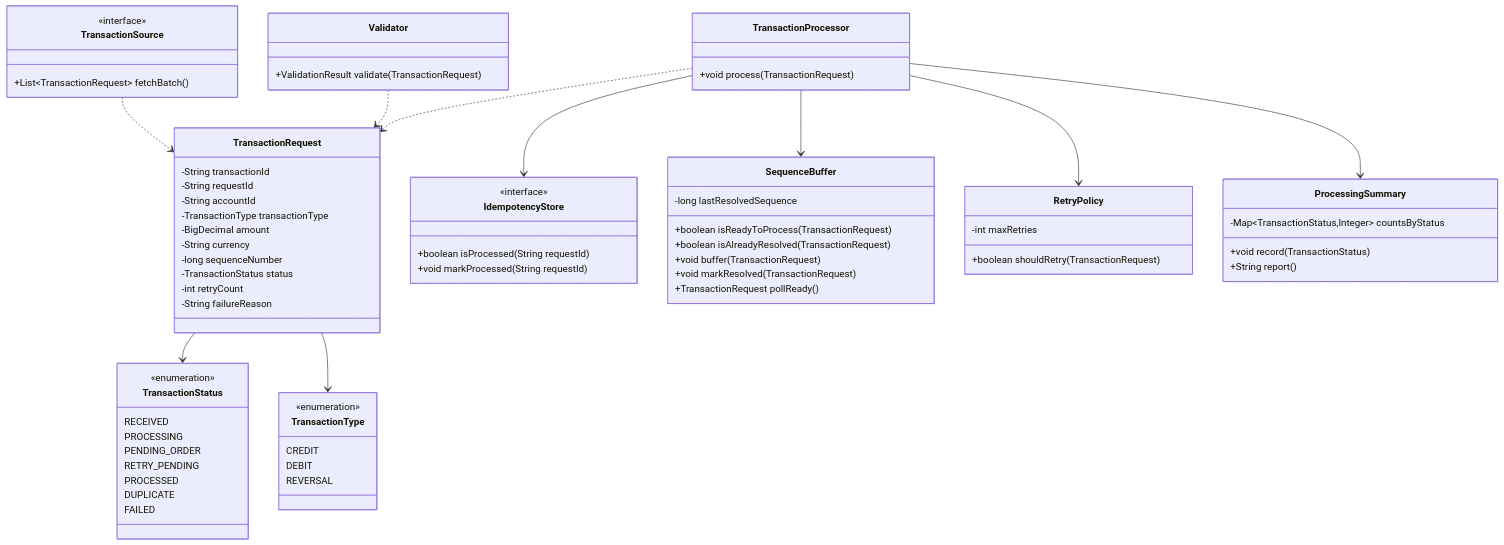
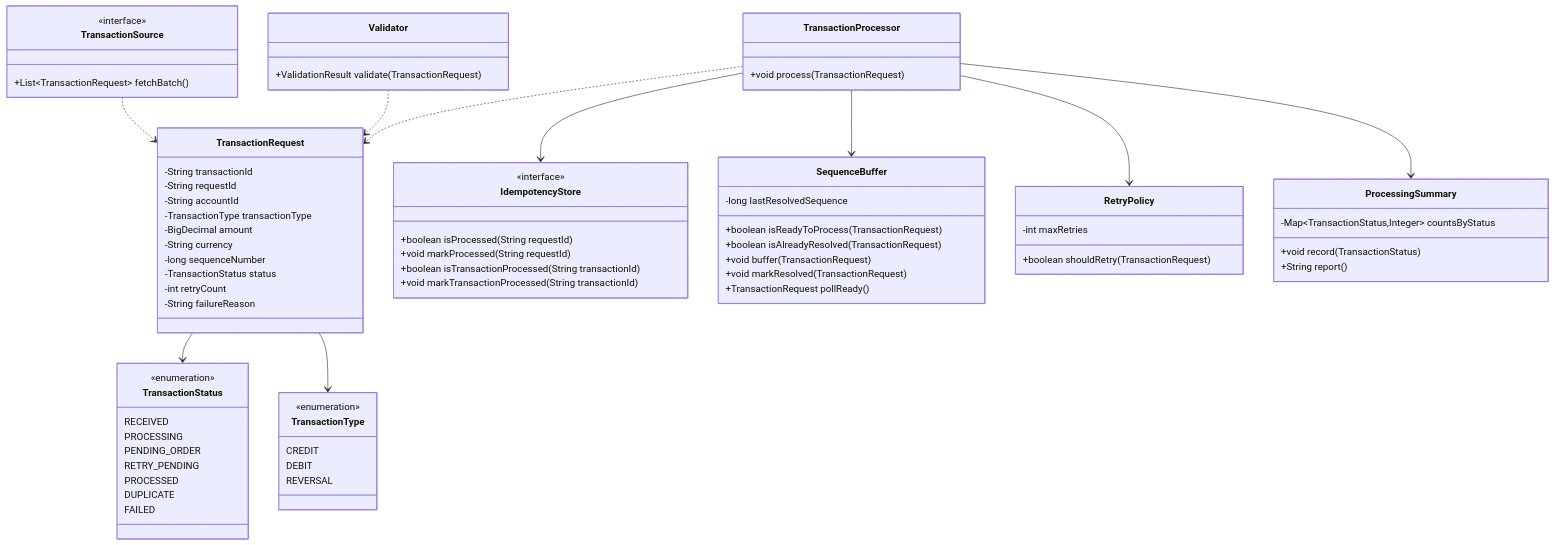
The second of 7 diagrams in DESIGN.md (mnbns/mpucd), drawn with Mermaid before and after one commit. The commit also changed other lines of this file and 1 other file, not shown here.

````diff
--- a/DESIGN.md
+++ b/DESIGN.md
@@ -162,73 +162,75 @@
 ```mermaid
 classDiagram
   class TransactionRequest {
     -String transactionId
     -String requestId
     -String accountId
     -TransactionType transactionType
     -BigDecimal amount
     -String currency
     -long sequenceNumber
     -TransactionStatus status
     -int retryCount
     -String failureReason
   }
   class TransactionStatus {
     <<enumeration>>
     RECEIVED
     PROCESSING
     PENDING_ORDER
     RETRY_PENDING
     PROCESSED
     DUPLICATE
     FAILED
   }
   class TransactionType {
     <<enumeration>>
     CREDIT
     DEBIT
     REVERSAL
   }
   class TransactionSource {
     <<interface>>
     +List~TransactionRequest~ fetchBatch()
   }
   class Validator {
     +ValidationResult validate(TransactionRequest)
   }
   class IdempotencyStore {
     <<interface>>
     +boolean isProcessed(String requestId)
     +void markProcessed(String requestId)
+    +boolean isTransactionProcessed(String transactionId)
+    +void markTransactionProcessed(String transactionId)
   }
   class SequenceBuffer {
     -long lastResolvedSequence
     +boolean isReadyToProcess(TransactionRequest)
     +boolean isAlreadyResolved(TransactionRequest)
     +void buffer(TransactionRequest)
     +void markResolved(TransactionRequest)
     +TransactionRequest pollReady()
   }
   class TransactionProcessor {
     +void process(TransactionRequest)
   }
   class RetryPolicy {
     -int maxRetries
     +boolean shouldRetry(TransactionRequest)
   }
   class ProcessingSummary {
     -Map~TransactionStatus,Integer~ countsByStatus
     +void record(TransactionStatus)
     +String report()
   }
 
   TransactionSource ..> TransactionRequest
   Validator ..> TransactionRequest
   TransactionProcessor --> IdempotencyStore
   TransactionProcessor --> SequenceBuffer
   TransactionProcessor --> RetryPolicy
   TransactionProcessor --> ProcessingSummary
   TransactionProcessor ..> TransactionRequest
   TransactionRequest --> TransactionStatus
   TransactionRequest --> TransactionType
 ```
````
